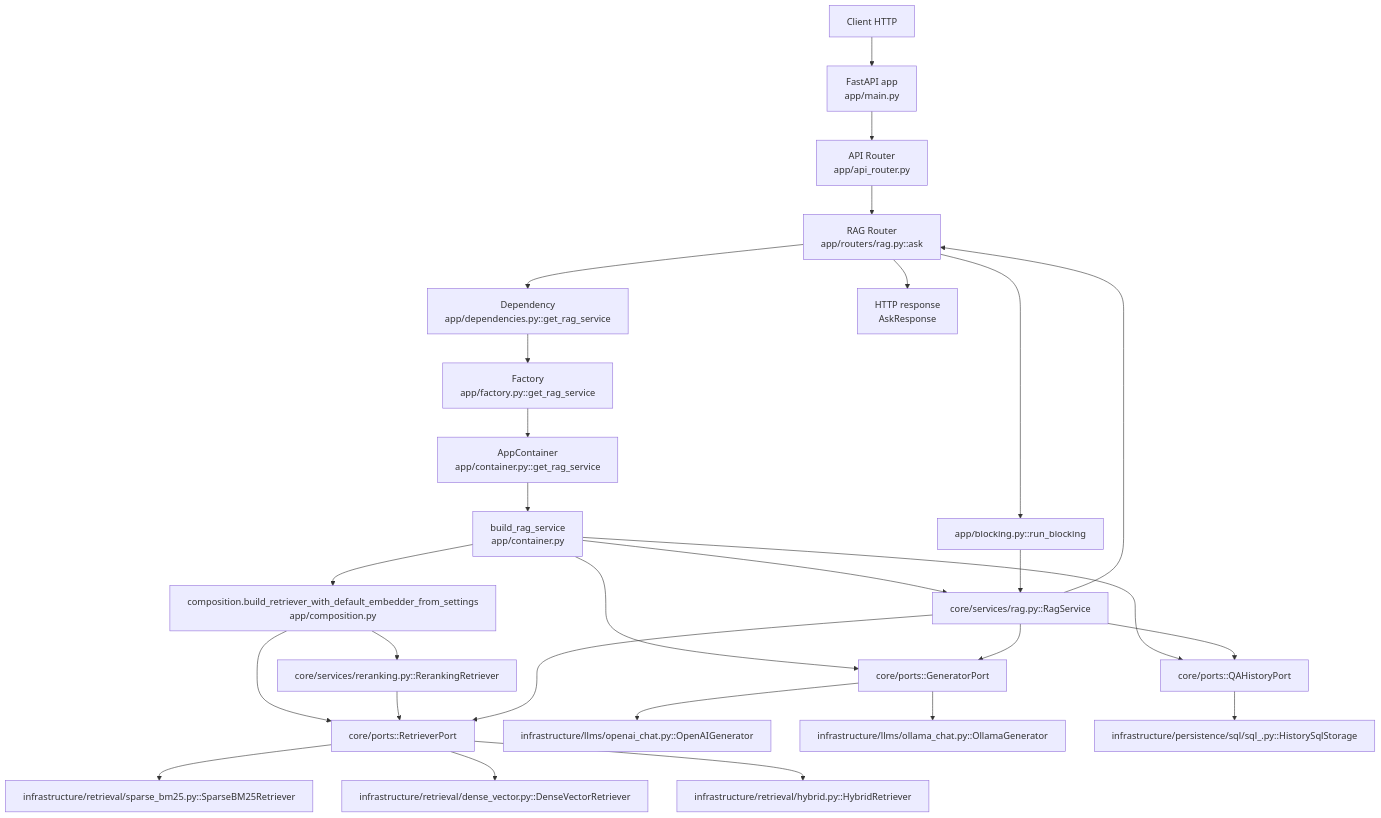
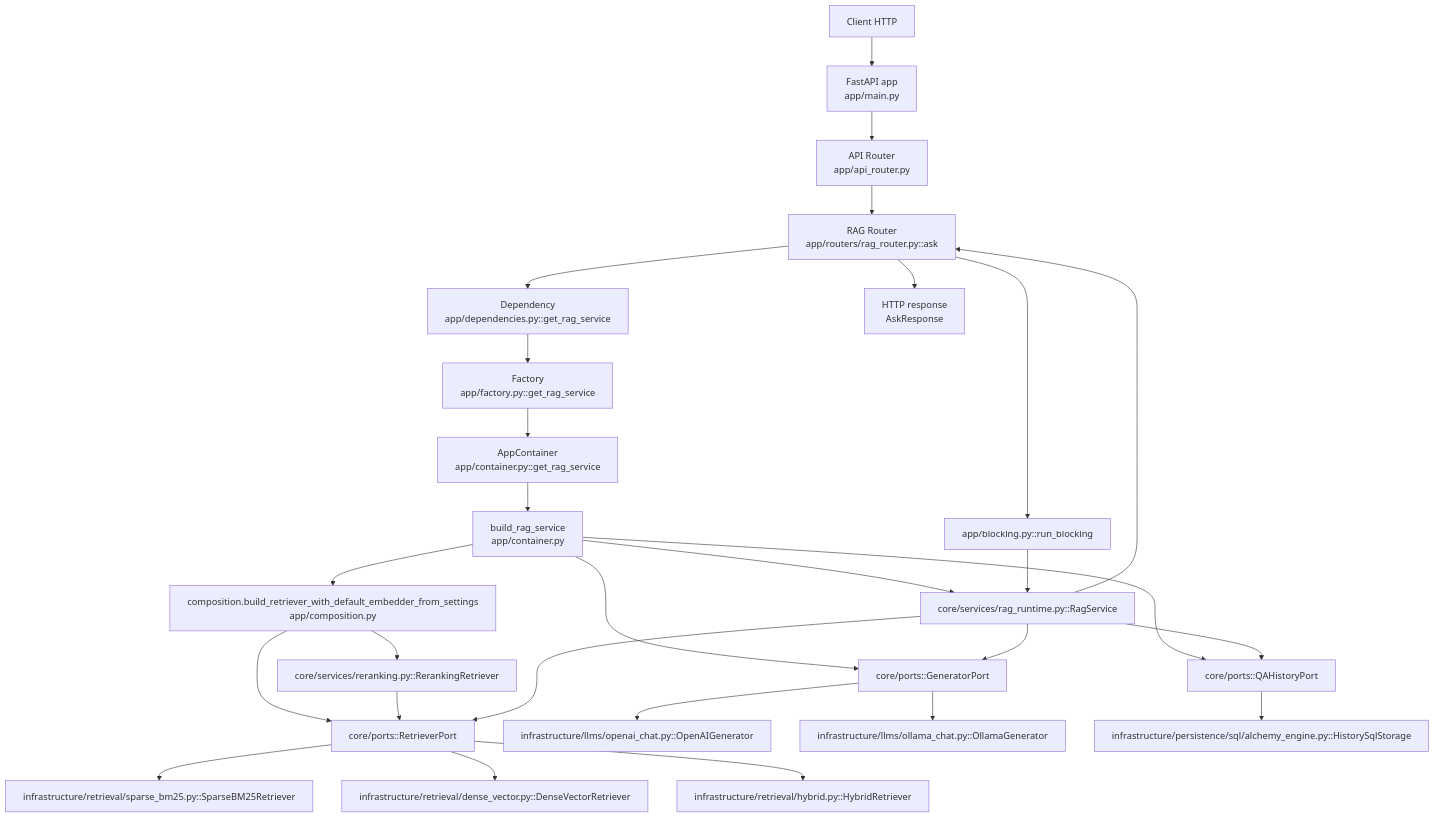
Before and after one commit to Intrinsical-AI/rag-prototype: the first of 2 diagrams in README.md, drawn with Mermaid. The commit also changed other lines of this file and 6 other files, not shown here.

First line of the commit message:
docs(release): update architecture and usage for v1.0 mutation model

````diff
--- a/README.md
+++ b/README.md
@@ -78,36 +78,36 @@
 ```mermaid
 flowchart TD
     C[Client HTTP] --> M[FastAPI app\napp/main.py]
     M --> AR[API Router\napp/api_router.py]
-    AR --> RR[RAG Router\napp/routers/rag.py::ask]
+    AR --> RR[RAG Router\napp/routers/rag_router.py::ask]
 
     RR --> D1[Dependency\napp/dependencies.py::get_rag_service]
     D1 --> F1[Factory\napp/factory.py::get_rag_service]
     F1 --> AC[AppContainer\napp/container.py::get_rag_service]
     AC --> BRS[build_rag_service\napp/container.py]
 
-    BRS --> RS[core/services/rag.py::RagService]
+    BRS --> RS[core/services/rag_runtime.py::RagService]
 
     BRS --> COMP[composition.build_retriever_with_default_embedder_from_settings\napp/composition.py]
     COMP --> RP[core/ports::RetrieverPort]
     RP --> SBR[infrastructure/retrieval/sparse_bm25.py::SparseBM25Retriever]
     RP --> DFR[infrastructure/retrieval/dense_vector.py::DenseVectorRetriever]
     RP --> HR[infrastructure/retrieval/hybrid.py::HybridRetriever]
     COMP --> RER[core/services/reranking.py::RerankingRetriever]
     RER --> RP
 
     BRS --> GP[core/ports::GeneratorPort]
     GP --> OAI[infrastructure/llms/openai_chat.py::OpenAIGenerator]
     GP --> OLL[infrastructure/llms/ollama_chat.py::OllamaGenerator]
 
     BRS --> HP[core/ports::QAHistoryPort]
-    HP --> HSQL[infrastructure/persistence/sql/sql_.py::HistorySqlStorage]
+    HP --> HSQL[infrastructure/persistence/sql/alchemy_engine.py::HistorySqlStorage]
 
     RR --> RB[app/blocking.py::run_blocking]
     RB --> RS
     RS --> RP
     RS --> GP
     RS --> HP
     RS --> RR
     RR --> RESP[HTTP response\nAskResponse]
 ```
````
